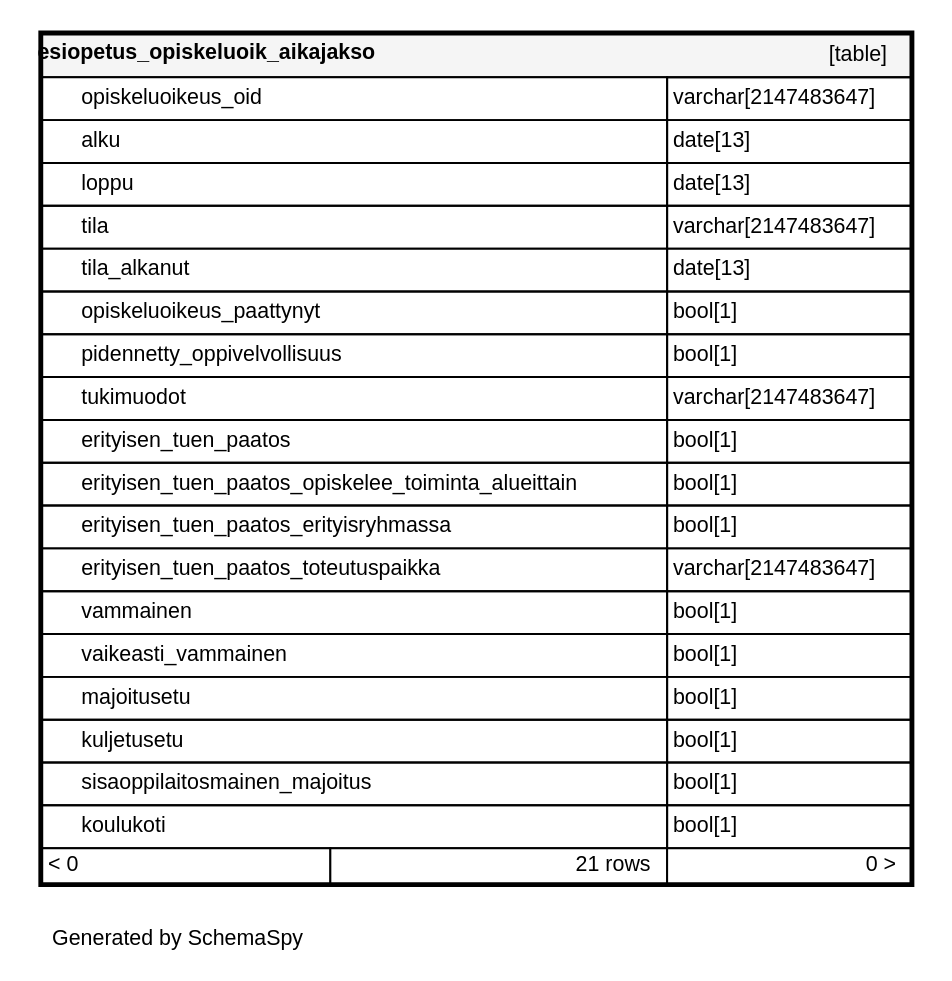
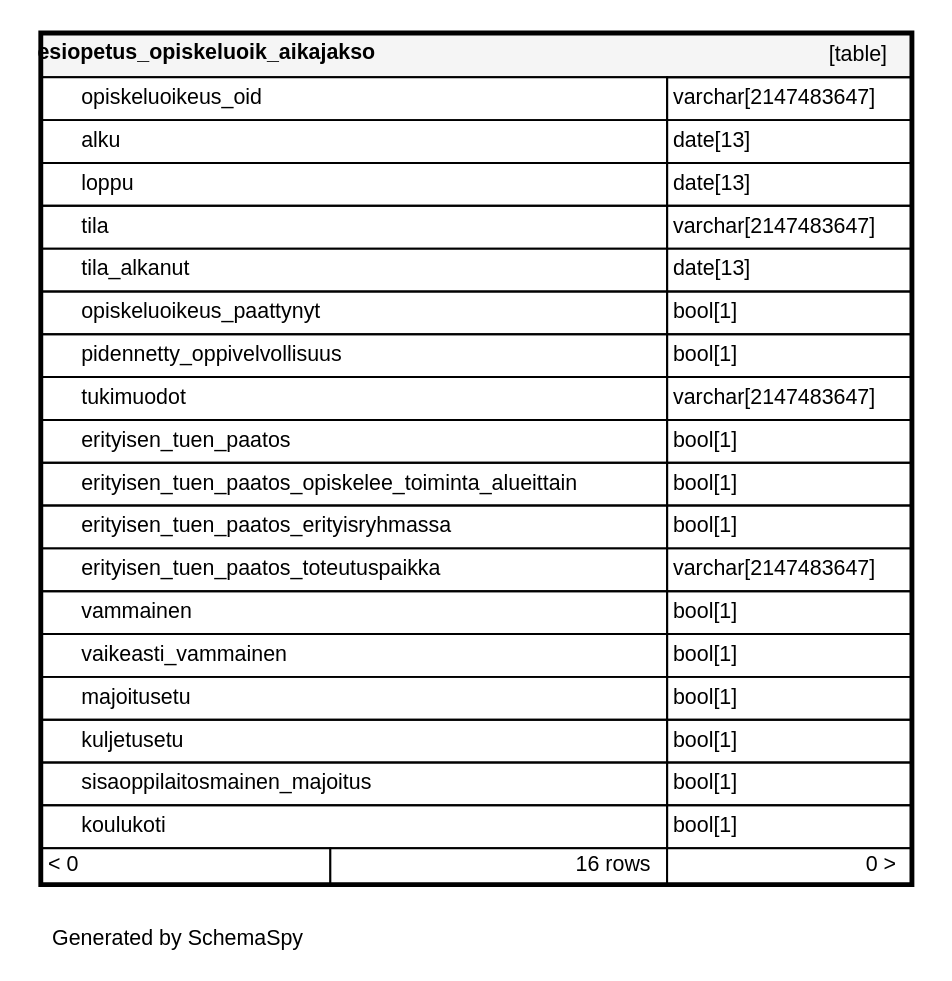
The diagram in documentation/tietokantaskeemat/koski-raportointikanta/diagrams/tables/esiopetus_opiskeluoik_aikajakso.1degree.dot (Opetushallitus/koski), drawn with Graphviz before and after one commit. The commit also changed 169 other files, not shown here.

```diff
--- a/documentation/tietokantaskeemat/koski-raportointikanta/diagrams/tables/esiopetus_opiskeluoik_aikajakso.1degree.dot
+++ b/documentation/tietokantaskeemat/koski-raportointikanta/diagrams/tables/esiopetus_opiskeluoik_aikajakso.1degree.dot
@@ -1,31 +1,31 @@
 digraph "oneDegreeRelationshipsDiagram" {
   graph [    rankdir="RL"    bgcolor="#ffffff"    label="\nGenerated by SchemaSpy"    labeljust="l"    nodesep="0.18"    ranksep="0.46"    fontname="Helvetica"    fontsize="11"    ration="compress"  ];  node [    fontname="Helvetica"    fontsize="11"    shape="plaintext"  ];  edge [    arrowsize="0.8"  ];
   "esiopetus_opiskeluoik_aikajakso" [
    label=<
     <TABLE BORDER="2" CELLBORDER="1" CELLSPACING="0" BGCOLOR="#ffffff">
       <TR><TD COLSPAN="4"  BGCOLOR="#f5f5f5"><TABLE BORDER="0" CELLSPACING="0"><TR><TD ALIGN="LEFT" FIXEDSIZE="TRUE" WIDTH="189" HEIGHT="16"><B>esiopetus_opiskeluoik_aikajakso</B></TD><TD ALIGN="RIGHT">[table]</TD></TR></TABLE></TD></TR>
       <TR><TD PORT="opiskeluoikeus_oid" COLSPAN="2" BGCOLOR="#ffffff" ALIGN="LEFT"><TABLE BORDER="0" CELLSPACING="0" ALIGN="LEFT"><TR ALIGN="LEFT"><TD ALIGN="LEFT" FIXEDSIZE="TRUE" WIDTH="15" HEIGHT="16"></TD><TD ALIGN="LEFT" FIXEDSIZE="TRUE" WIDTH="300" HEIGHT="16">opiskeluoikeus_oid</TD></TR></TABLE></TD><TD PORT="opiskeluoikeus_oid.type" ALIGN="LEFT">varchar[2147483647]</TD></TR>
       <TR><TD PORT="alku" COLSPAN="2" ALIGN="LEFT"><TABLE BORDER="0" CELLSPACING="0" ALIGN="LEFT"><TR ALIGN="LEFT"><TD ALIGN="LEFT" FIXEDSIZE="TRUE" WIDTH="15" HEIGHT="16"></TD><TD ALIGN="LEFT" FIXEDSIZE="TRUE" WIDTH="300" HEIGHT="16">alku</TD></TR></TABLE></TD><TD PORT="alku.type" ALIGN="LEFT">date[13]</TD></TR>
       <TR><TD PORT="loppu" COLSPAN="2" ALIGN="LEFT"><TABLE BORDER="0" CELLSPACING="0" ALIGN="LEFT"><TR ALIGN="LEFT"><TD ALIGN="LEFT" FIXEDSIZE="TRUE" WIDTH="15" HEIGHT="16"></TD><TD ALIGN="LEFT" FIXEDSIZE="TRUE" WIDTH="300" HEIGHT="16">loppu</TD></TR></TABLE></TD><TD PORT="loppu.type" ALIGN="LEFT">date[13]</TD></TR>
       <TR><TD PORT="tila" COLSPAN="2" ALIGN="LEFT"><TABLE BORDER="0" CELLSPACING="0" ALIGN="LEFT"><TR ALIGN="LEFT"><TD ALIGN="LEFT" FIXEDSIZE="TRUE" WIDTH="15" HEIGHT="16"></TD><TD ALIGN="LEFT" FIXEDSIZE="TRUE" WIDTH="300" HEIGHT="16">tila</TD></TR></TABLE></TD><TD PORT="tila.type" ALIGN="LEFT">varchar[2147483647]</TD></TR>
       <TR><TD PORT="tila_alkanut" COLSPAN="2" ALIGN="LEFT"><TABLE BORDER="0" CELLSPACING="0" ALIGN="LEFT"><TR ALIGN="LEFT"><TD ALIGN="LEFT" FIXEDSIZE="TRUE" WIDTH="15" HEIGHT="16"></TD><TD ALIGN="LEFT" FIXEDSIZE="TRUE" WIDTH="300" HEIGHT="16">tila_alkanut</TD></TR></TABLE></TD><TD PORT="tila_alkanut.type" ALIGN="LEFT">date[13]</TD></TR>
       <TR><TD PORT="opiskeluoikeus_paattynyt" COLSPAN="2" ALIGN="LEFT"><TABLE BORDER="0" CELLSPACING="0" ALIGN="LEFT"><TR ALIGN="LEFT"><TD ALIGN="LEFT" FIXEDSIZE="TRUE" WIDTH="15" HEIGHT="16"></TD><TD ALIGN="LEFT" FIXEDSIZE="TRUE" WIDTH="300" HEIGHT="16">opiskeluoikeus_paattynyt</TD></TR></TABLE></TD><TD PORT="opiskeluoikeus_paattynyt.type" ALIGN="LEFT">bool[1]</TD></TR>
       <TR><TD PORT="pidennetty_oppivelvollisuus" COLSPAN="2" ALIGN="LEFT"><TABLE BORDER="0" CELLSPACING="0" ALIGN="LEFT"><TR ALIGN="LEFT"><TD ALIGN="LEFT" FIXEDSIZE="TRUE" WIDTH="15" HEIGHT="16"></TD><TD ALIGN="LEFT" FIXEDSIZE="TRUE" WIDTH="300" HEIGHT="16">pidennetty_oppivelvollisuus</TD></TR></TABLE></TD><TD PORT="pidennetty_oppivelvollisuus.type" ALIGN="LEFT">bool[1]</TD></TR>
       <TR><TD PORT="tukimuodot" COLSPAN="2" ALIGN="LEFT"><TABLE BORDER="0" CELLSPACING="0" ALIGN="LEFT"><TR ALIGN="LEFT"><TD ALIGN="LEFT" FIXEDSIZE="TRUE" WIDTH="15" HEIGHT="16"></TD><TD ALIGN="LEFT" FIXEDSIZE="TRUE" WIDTH="300" HEIGHT="16">tukimuodot</TD></TR></TABLE></TD><TD PORT="tukimuodot.type" ALIGN="LEFT">varchar[2147483647]</TD></TR>
       <TR><TD PORT="erityisen_tuen_paatos" COLSPAN="2" ALIGN="LEFT"><TABLE BORDER="0" CELLSPACING="0" ALIGN="LEFT"><TR ALIGN="LEFT"><TD ALIGN="LEFT" FIXEDSIZE="TRUE" WIDTH="15" HEIGHT="16"></TD><TD ALIGN="LEFT" FIXEDSIZE="TRUE" WIDTH="300" HEIGHT="16">erityisen_tuen_paatos</TD></TR></TABLE></TD><TD PORT="erityisen_tuen_paatos.type" ALIGN="LEFT">bool[1]</TD></TR>
       <TR><TD PORT="erityisen_tuen_paatos_opiskelee_toiminta_alueittain" COLSPAN="2" ALIGN="LEFT"><TABLE BORDER="0" CELLSPACING="0" ALIGN="LEFT"><TR ALIGN="LEFT"><TD ALIGN="LEFT" FIXEDSIZE="TRUE" WIDTH="15" HEIGHT="16"></TD><TD ALIGN="LEFT" FIXEDSIZE="TRUE" WIDTH="300" HEIGHT="16">erityisen_tuen_paatos_opiskelee_toiminta_alueittain</TD></TR></TABLE></TD><TD PORT="erityisen_tuen_paatos_opiskelee_toiminta_alueittain.type" ALIGN="LEFT">bool[1]</TD></TR>
       <TR><TD PORT="erityisen_tuen_paatos_erityisryhmassa" COLSPAN="2" ALIGN="LEFT"><TABLE BORDER="0" CELLSPACING="0" ALIGN="LEFT"><TR ALIGN="LEFT"><TD ALIGN="LEFT" FIXEDSIZE="TRUE" WIDTH="15" HEIGHT="16"></TD><TD ALIGN="LEFT" FIXEDSIZE="TRUE" WIDTH="300" HEIGHT="16">erityisen_tuen_paatos_erityisryhmassa</TD></TR></TABLE></TD><TD PORT="erityisen_tuen_paatos_erityisryhmassa.type" ALIGN="LEFT">bool[1]</TD></TR>
       <TR><TD PORT="erityisen_tuen_paatos_toteutuspaikka" COLSPAN="2" ALIGN="LEFT"><TABLE BORDER="0" CELLSPACING="0" ALIGN="LEFT"><TR ALIGN="LEFT"><TD ALIGN="LEFT" FIXEDSIZE="TRUE" WIDTH="15" HEIGHT="16"></TD><TD ALIGN="LEFT" FIXEDSIZE="TRUE" WIDTH="300" HEIGHT="16">erityisen_tuen_paatos_toteutuspaikka</TD></TR></TABLE></TD><TD PORT="erityisen_tuen_paatos_toteutuspaikka.type" ALIGN="LEFT">varchar[2147483647]</TD></TR>
       <TR><TD PORT="vammainen" COLSPAN="2" ALIGN="LEFT"><TABLE BORDER="0" CELLSPACING="0" ALIGN="LEFT"><TR ALIGN="LEFT"><TD ALIGN="LEFT" FIXEDSIZE="TRUE" WIDTH="15" HEIGHT="16"></TD><TD ALIGN="LEFT" FIXEDSIZE="TRUE" WIDTH="300" HEIGHT="16">vammainen</TD></TR></TABLE></TD><TD PORT="vammainen.type" ALIGN="LEFT">bool[1]</TD></TR>
       <TR><TD PORT="vaikeasti_vammainen" COLSPAN="2" ALIGN="LEFT"><TABLE BORDER="0" CELLSPACING="0" ALIGN="LEFT"><TR ALIGN="LEFT"><TD ALIGN="LEFT" FIXEDSIZE="TRUE" WIDTH="15" HEIGHT="16"></TD><TD ALIGN="LEFT" FIXEDSIZE="TRUE" WIDTH="300" HEIGHT="16">vaikeasti_vammainen</TD></TR></TABLE></TD><TD PORT="vaikeasti_vammainen.type" ALIGN="LEFT">bool[1]</TD></TR>
       <TR><TD PORT="majoitusetu" COLSPAN="2" ALIGN="LEFT"><TABLE BORDER="0" CELLSPACING="0" ALIGN="LEFT"><TR ALIGN="LEFT"><TD ALIGN="LEFT" FIXEDSIZE="TRUE" WIDTH="15" HEIGHT="16"></TD><TD ALIGN="LEFT" FIXEDSIZE="TRUE" WIDTH="300" HEIGHT="16">majoitusetu</TD></TR></TABLE></TD><TD PORT="majoitusetu.type" ALIGN="LEFT">bool[1]</TD></TR>
       <TR><TD PORT="kuljetusetu" COLSPAN="2" ALIGN="LEFT"><TABLE BORDER="0" CELLSPACING="0" ALIGN="LEFT"><TR ALIGN="LEFT"><TD ALIGN="LEFT" FIXEDSIZE="TRUE" WIDTH="15" HEIGHT="16"></TD><TD ALIGN="LEFT" FIXEDSIZE="TRUE" WIDTH="300" HEIGHT="16">kuljetusetu</TD></TR></TABLE></TD><TD PORT="kuljetusetu.type" ALIGN="LEFT">bool[1]</TD></TR>
       <TR><TD PORT="sisaoppilaitosmainen_majoitus" COLSPAN="2" ALIGN="LEFT"><TABLE BORDER="0" CELLSPACING="0" ALIGN="LEFT"><TR ALIGN="LEFT"><TD ALIGN="LEFT" FIXEDSIZE="TRUE" WIDTH="15" HEIGHT="16"></TD><TD ALIGN="LEFT" FIXEDSIZE="TRUE" WIDTH="300" HEIGHT="16">sisaoppilaitosmainen_majoitus</TD></TR></TABLE></TD><TD PORT="sisaoppilaitosmainen_majoitus.type" ALIGN="LEFT">bool[1]</TD></TR>
       <TR><TD PORT="koulukoti" COLSPAN="2" ALIGN="LEFT"><TABLE BORDER="0" CELLSPACING="0" ALIGN="LEFT"><TR ALIGN="LEFT"><TD ALIGN="LEFT" FIXEDSIZE="TRUE" WIDTH="15" HEIGHT="16"></TD><TD ALIGN="LEFT" FIXEDSIZE="TRUE" WIDTH="300" HEIGHT="16">koulukoti</TD></TR></TABLE></TD><TD PORT="koulukoti.type" ALIGN="LEFT">bool[1]</TD></TR>
-      <TR><TD ALIGN="LEFT" BGCOLOR="#ffffff">&lt; 0</TD><TD ALIGN="RIGHT" BGCOLOR="#ffffff">21 rows</TD><TD ALIGN="RIGHT" BGCOLOR="#ffffff">0 &gt;</TD></TR>
+      <TR><TD ALIGN="LEFT" BGCOLOR="#ffffff">&lt; 0</TD><TD ALIGN="RIGHT" BGCOLOR="#ffffff">16 rows</TD><TD ALIGN="RIGHT" BGCOLOR="#ffffff">0 &gt;</TD></TR>
     </TABLE>>
     URL="../../tables/esiopetus_opiskeluoik_aikajakso.html"
     target="_top"
     tooltip="esiopetus_opiskeluoik_aikajakso"
   ];
 }
```
